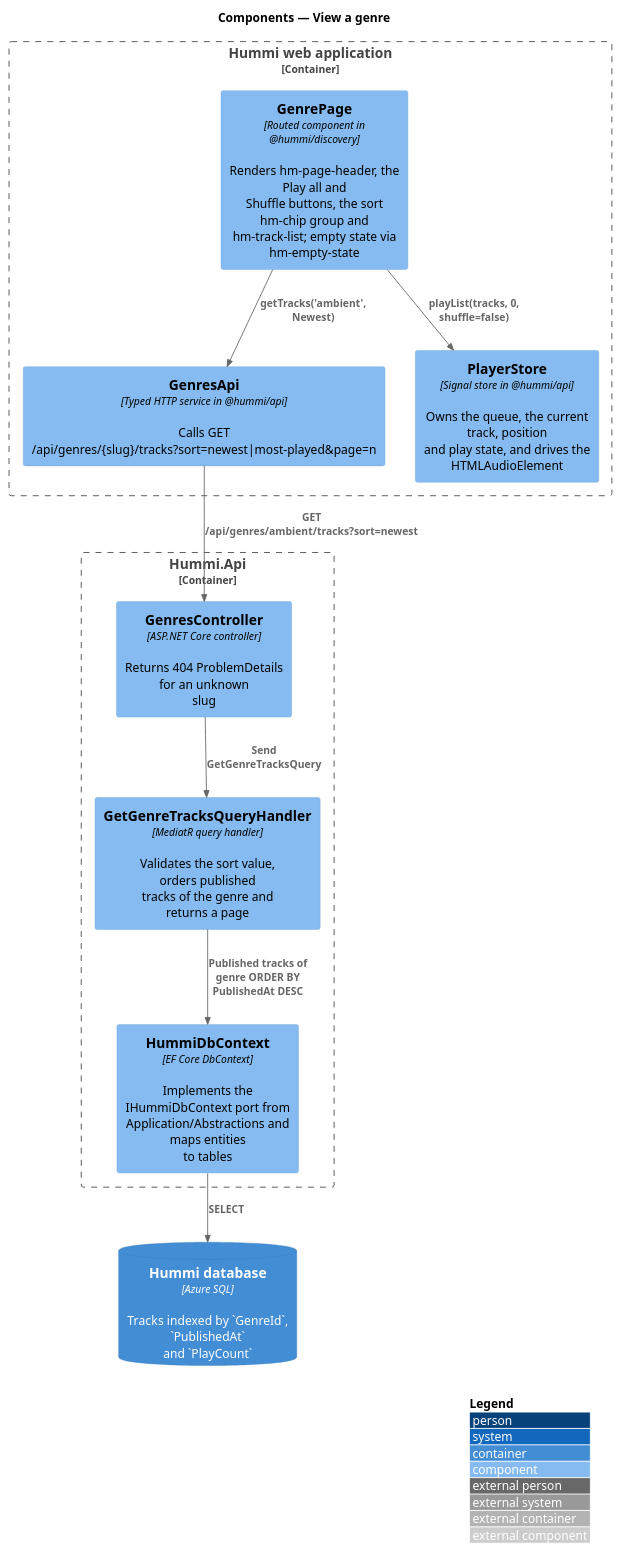
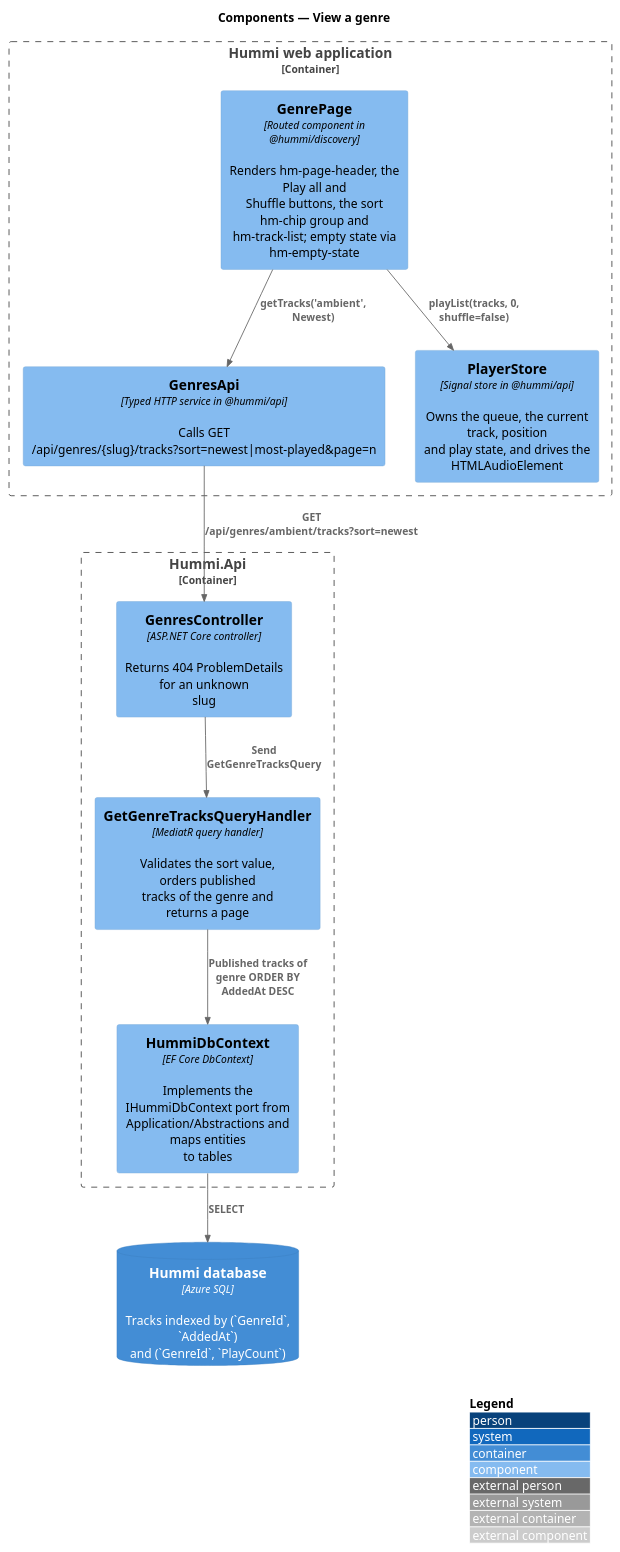
One commit to QuinntyneBrown/hummi changed the diagram in docs/detailed-designs/discovery/view-genre/diagrams/c4-component.puml. Above: the diagram before and after it, drawn with PlantUML. The commit also changed 79 other files, not shown here.

First line of the commit message:
Browse genres: Browse, genre pages, sort, Play all and Shuffle

```diff
--- a/docs/detailed-designs/discovery/view-genre/diagrams/c4-component.puml
+++ b/docs/detailed-designs/discovery/view-genre/diagrams/c4-component.puml
@@ -1,23 +1,23 @@
 @startuml
 !include <C4/C4_Component>
 LAYOUT_WITH_LEGEND()
 title Components — View a genre
 
 Container_Boundary(spa, "Hummi web application") {
   Component(page, "GenrePage", "Routed component in @hummi/discovery", "Renders hm-page-header, the Play all and\nShuffle buttons, the sort hm-chip group and\nhm-track-list; empty state via\nhm-empty-state")
   Component(client, "GenresApi", "Typed HTTP service in @hummi/api", "Calls GET\n/api/genres/{slug}/tracks?sort=newest|most-played&page=n")
   Component(player, "PlayerStore", "Signal store in @hummi/api", "Owns the queue, the current track, position\nand play state, and drives the\nHTMLAudioElement")
 }
 Container_Boundary(api, "Hummi.Api") {
   Component(ctl, "GenresController", "ASP.NET Core controller", "Returns 404 ProblemDetails for an unknown\nslug")
   Component(q, "GetGenreTracksQueryHandler", "MediatR query handler", "Validates the sort value, orders published\ntracks of the genre and returns a page")
   Component(ctx, "HummiDbContext", "EF Core DbContext", "Implements the IHummiDbContext port from\nApplication/Abstractions and maps entities\nto tables")
 }
-ContainerDb(db, "Hummi database", "Azure SQL", "Tracks indexed by `GenreId`, `PublishedAt`\nand `PlayCount`")
+ContainerDb(db, "Hummi database", "Azure SQL", "Tracks indexed by (`GenreId`, `AddedAt`)\nand (`GenreId`, `PlayCount`)")
 Rel(page, client, "getTracks('ambient', Newest)")
 Rel(client, ctl, "GET\n/api/genres/ambient/tracks?sort=newest")
 Rel(ctl, q, "Send GetGenreTracksQuery")
-Rel(q, ctx, "Published tracks of genre ORDER BY\nPublishedAt DESC")
+Rel(q, ctx, "Published tracks of genre ORDER BY\nAddedAt DESC")
 Rel(ctx, db, "SELECT")
 Rel(page, player, "playList(tracks, 0, shuffle=false)")
 @enduml
```
